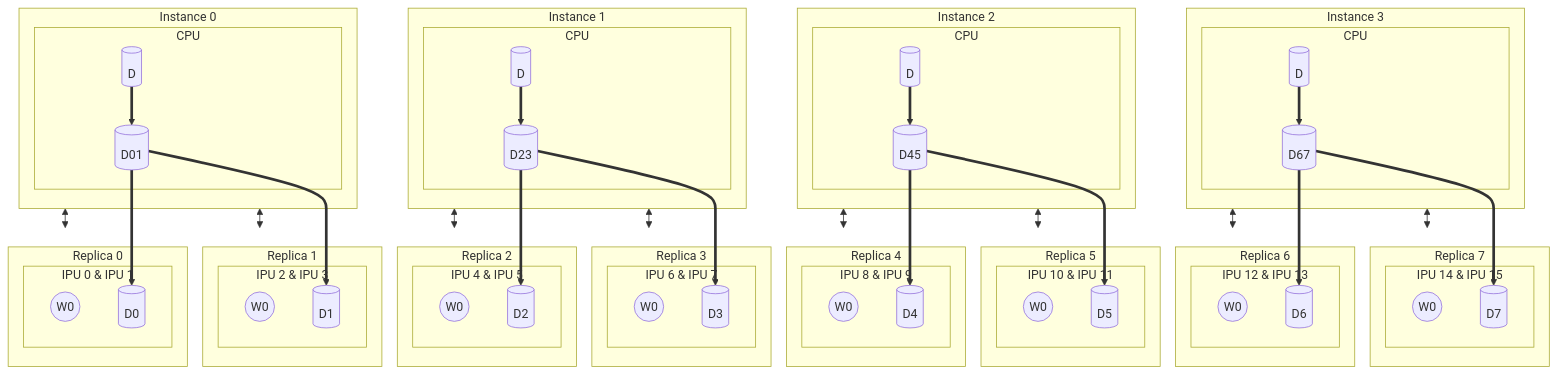
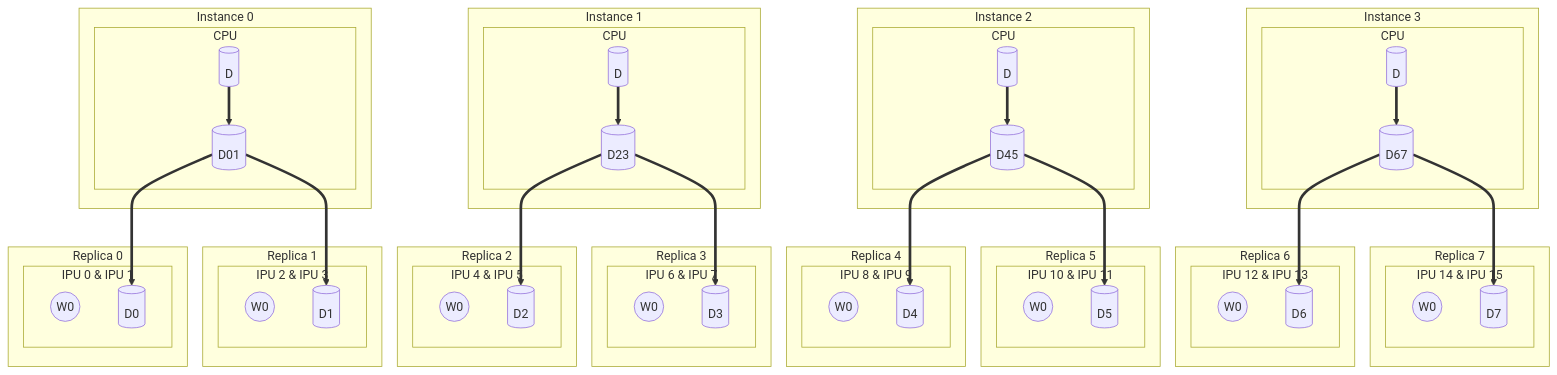
The fifth of 9 diagrams in day04/5. Distributed Data Parallelism/README.md (matildalab/hands-on-training), drawn with Mermaid before and after one commit.

Commit message:
Minor changes in mermaid

```diff
--- a/day04/5. Distributed Data Parallelism/README.md
+++ b/day04/5. Distributed Data Parallelism/README.md
@@ -685,23 +685,15 @@
             DDD0[(D0)]
         end
     end
-h3<-->r6
-h3<-->r7
 D3==>DD3
 DD3==>DDD6
 DD3==>DDD7
-h2<-->r4
-h2<-->r5
 D2==>DD2
 DD2==>DDD4
 DD2==>DDD5
-h1<-->r2
-h1<-->r3
 D1==>DD1
 DD1==>DDD2
 DD1==>DDD3
-h0<-->r0
-h0<-->r1
 D0==>DD0
 DD0==>DDD0
 DD0==>DDD1
```
